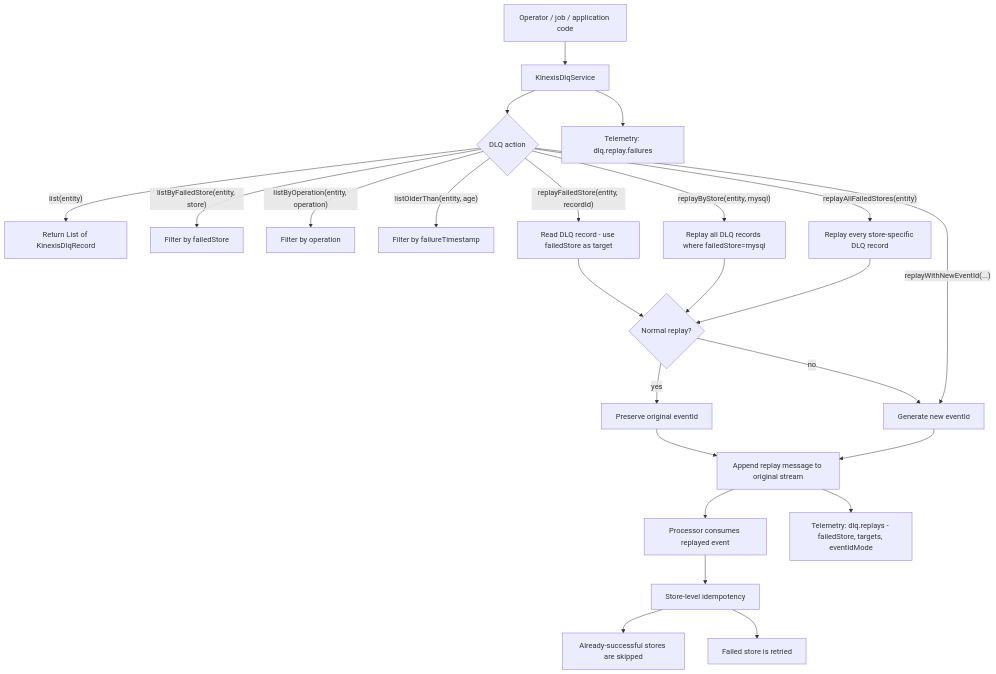
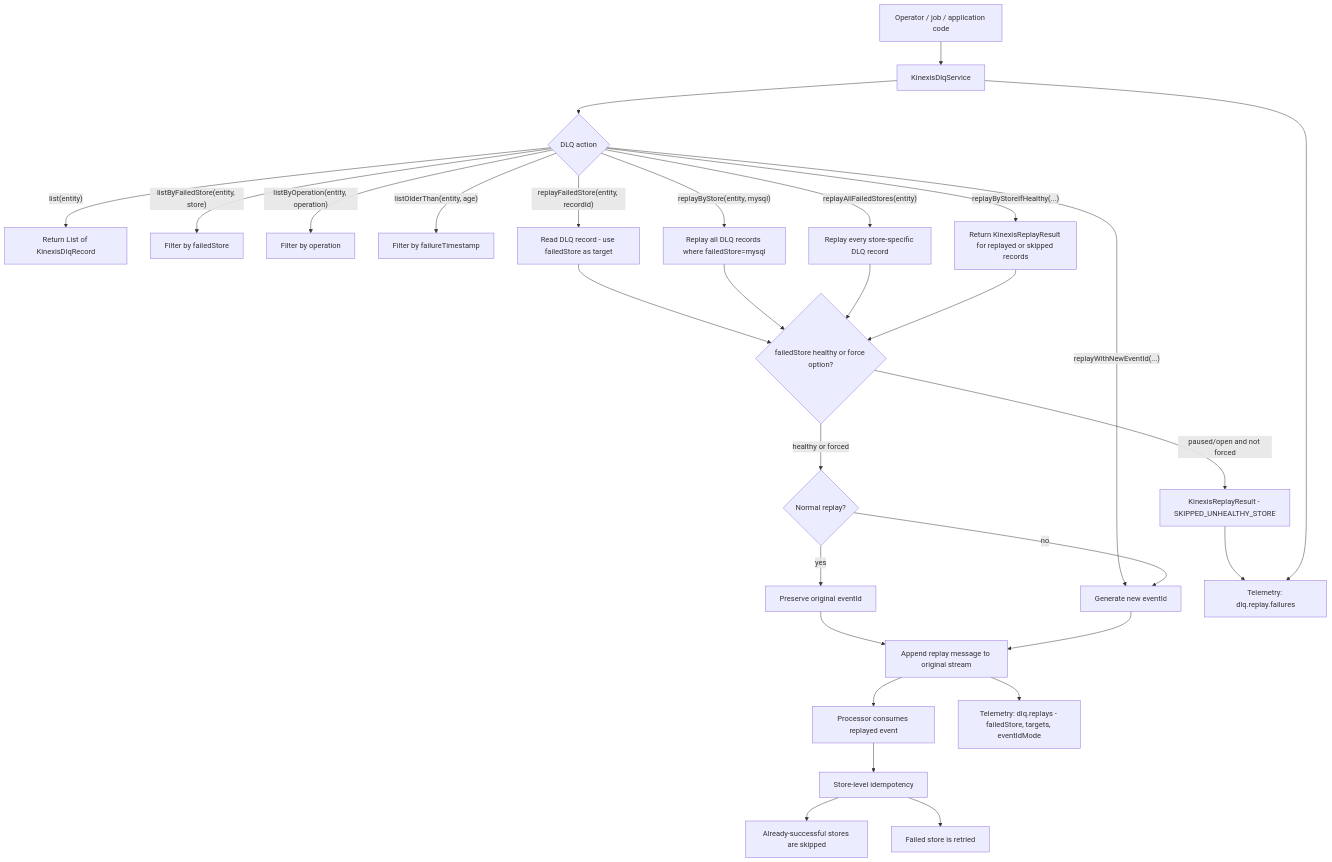
One commit to foogaro/kinexis changed the fifth of 8 diagrams in WORKFLOWS.md. Above: the diagram before and after it, drawn with Mermaid. The commit also changed other lines of this file and 31 other files, not shown here.

````diff
--- a/WORKFLOWS.md
+++ b/WORKFLOWS.md
@@ -133,35 +178,41 @@
 ```mermaid
 graph TD
     Operator["Operator / job / application code"] --> DlqService["KinexisDlqService"]
 
     DlqService --> Query{"DLQ action"}
 
     Query -- "list(entity)" --> ListAll["Return List of KinexisDlqRecord"]
     Query -- "listByFailedStore(entity, store)" --> ListStore["Filter by failedStore"]
     Query -- "listByOperation(entity, operation)" --> ListOperation["Filter by operation"]
     Query -- "listOlderThan(entity, age)" --> ListAge["Filter by failureTimestamp"]
 
     Query -- "replayFailedStore(entity, recordId)" --> ReplayFailed["Read DLQ record - use failedStore as target"]
     Query -- "replayByStore(entity, mysql)" --> ReplayStore["Replay all DLQ records where failedStore=mysql"]
     Query -- "replayAllFailedStores(entity)" --> ReplayAll["Replay every store-specific DLQ record"]
+    Query -- "replayByStoreIfHealthy(...)" --> ReplayHealthy["Return KinexisReplayResult for replayed or skipped records"]
     Query -- "replayWithNewEventId(...)" --> NewEvent["Generate new eventId"]
 
-    ReplayFailed --> Preserve{"Normal replay?"}
-    ReplayStore --> Preserve
-    ReplayAll --> Preserve
+    ReplayFailed --> HealthCheck{"failedStore healthy or force option?"}
+    ReplayStore --> HealthCheck
+    ReplayAll --> HealthCheck
+    ReplayHealthy --> HealthCheck
+
+    HealthCheck -- "paused/open and not forced" --> Skipped["KinexisReplayResult - SKIPPED_UNHEALTHY_STORE"]
+    HealthCheck -- "healthy or forced" --> Preserve{"Normal replay?"}
 
     Preserve -- "yes" --> SameEvent["Preserve original eventId"]
     Preserve -- "no" --> NewEvent
 
     SameEvent --> AppendReplay["Append replay message to original stream"]
     NewEvent --> AppendReplay
 
     AppendReplay --> Processor["Processor consumes replayed event"]
 
     Processor --> Idempotency["Store-level idempotency"]
     Idempotency --> SkipSucceeded["Already-successful stores are skipped"]
     Idempotency --> RetryFailedOnly["Failed store is retried"]
 
     AppendReplay --> ReplayTelemetry["Telemetry: dlq.replays - failedStore, targets, eventIdMode"]
+    Skipped --> ReplayFailure
     DlqService --> ReplayFailure["Telemetry: dlq.replay.failures"]
 ```
````
